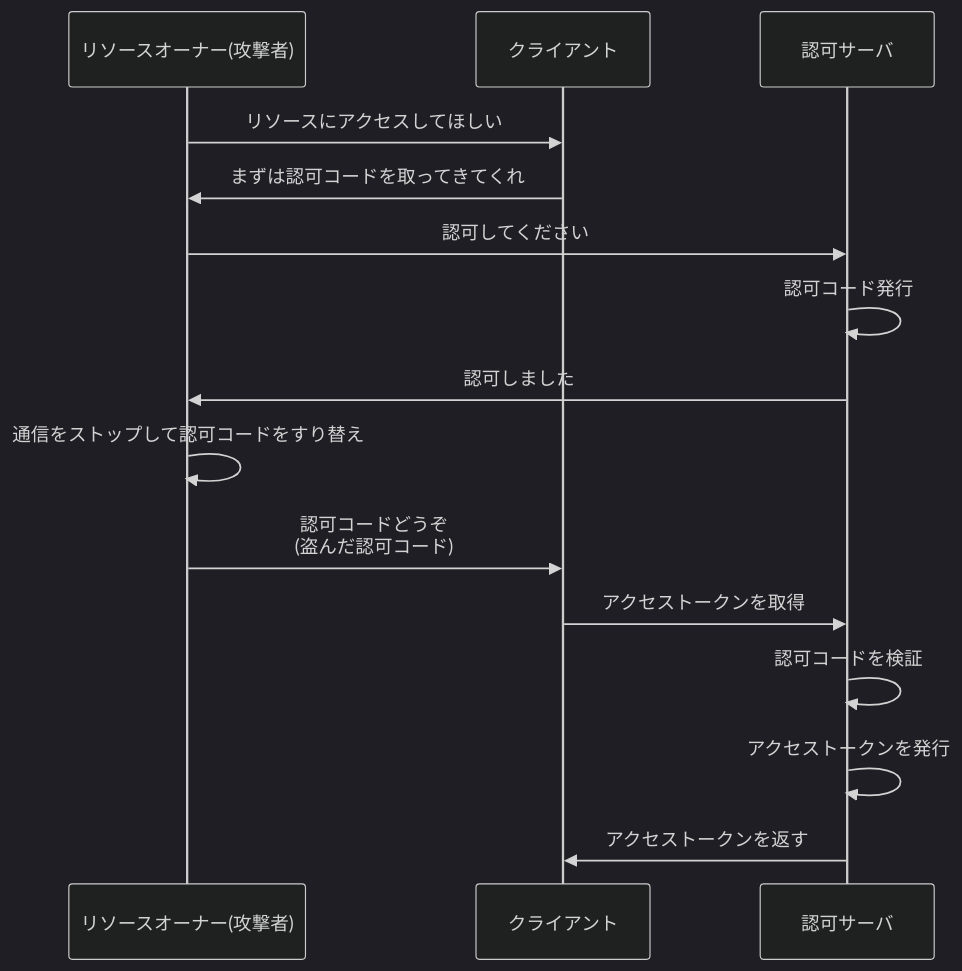
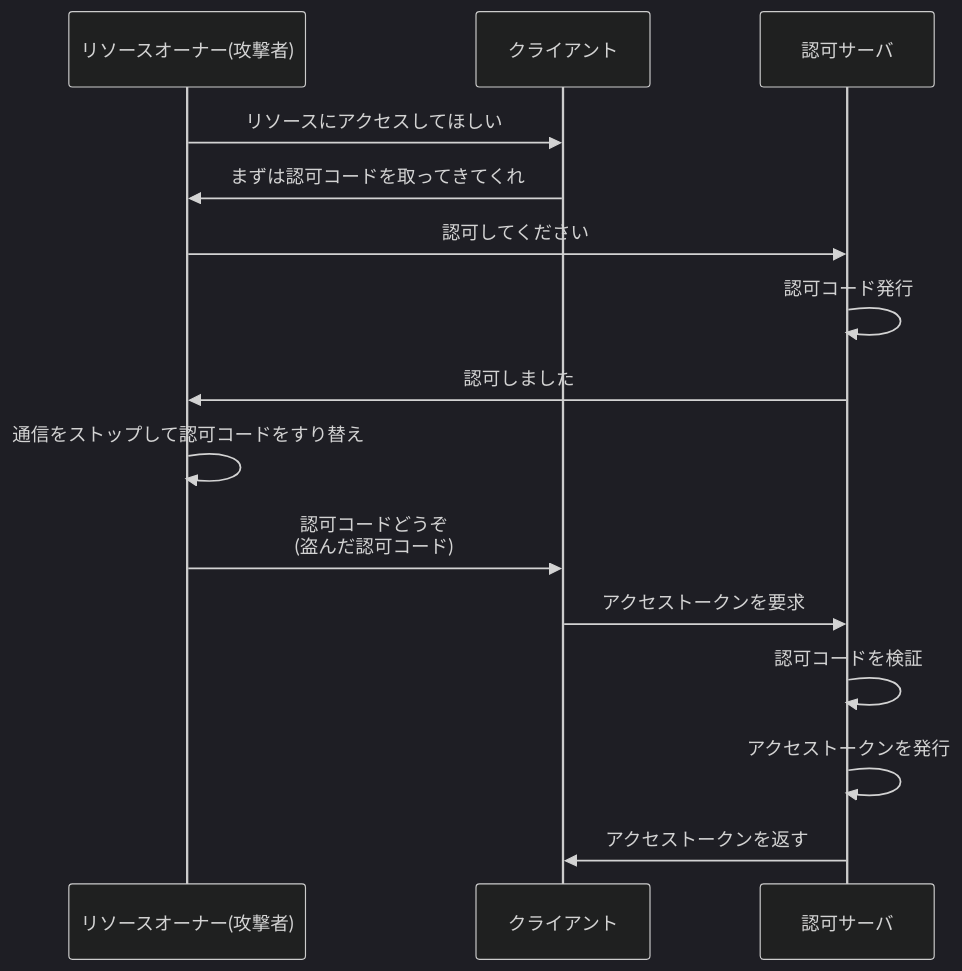
The eighth of 20 diagrams in articles/5e8da6c491e720.md (calloc134/zenn-dir), drawn with Mermaid (dark theme) before and after one commit. The commit also changed other lines of this file, not shown here.

Commit message:
とりあえずpkceのフロー図+気になるところ

````diff
--- a/articles/5e8da6c491e720.md
+++ b/articles/5e8da6c491e720.md
@@ -988,19 +988,19 @@
 ```mermaid
 sequenceDiagram
     participant リソースオーナー(攻撃者)
     participant クライアント
     participant 認可サーバ
 
 
     リソースオーナー(攻撃者)->>クライアント: リソースにアクセスしてほしい
     クライアント->>リソースオーナー(攻撃者): まずは認可コードを取ってきてくれ
     リソースオーナー(攻撃者)->>認可サーバ: 認可してください
     認可サーバ->>認可サーバ: 認可コード発行
     認可サーバ->>リソースオーナー(攻撃者): 認可しました
     リソースオーナー(攻撃者)->>リソースオーナー(攻撃者): 通信をストップして認可コードをすり替え
     リソースオーナー(攻撃者)->>クライアント: 認可コードどうぞ<br>(盗んだ認可コード)
-    クライアント->>認可サーバ: アクセストークンを取得
+    クライアント->>認可サーバ: アクセストークンを要求
     認可サーバ->>認可サーバ: 認可コードを検証
     認可サーバ->>認可サーバ: アクセストークンを発行
     認可サーバ->>クライアント: アクセストークンを返す
 ```
````
